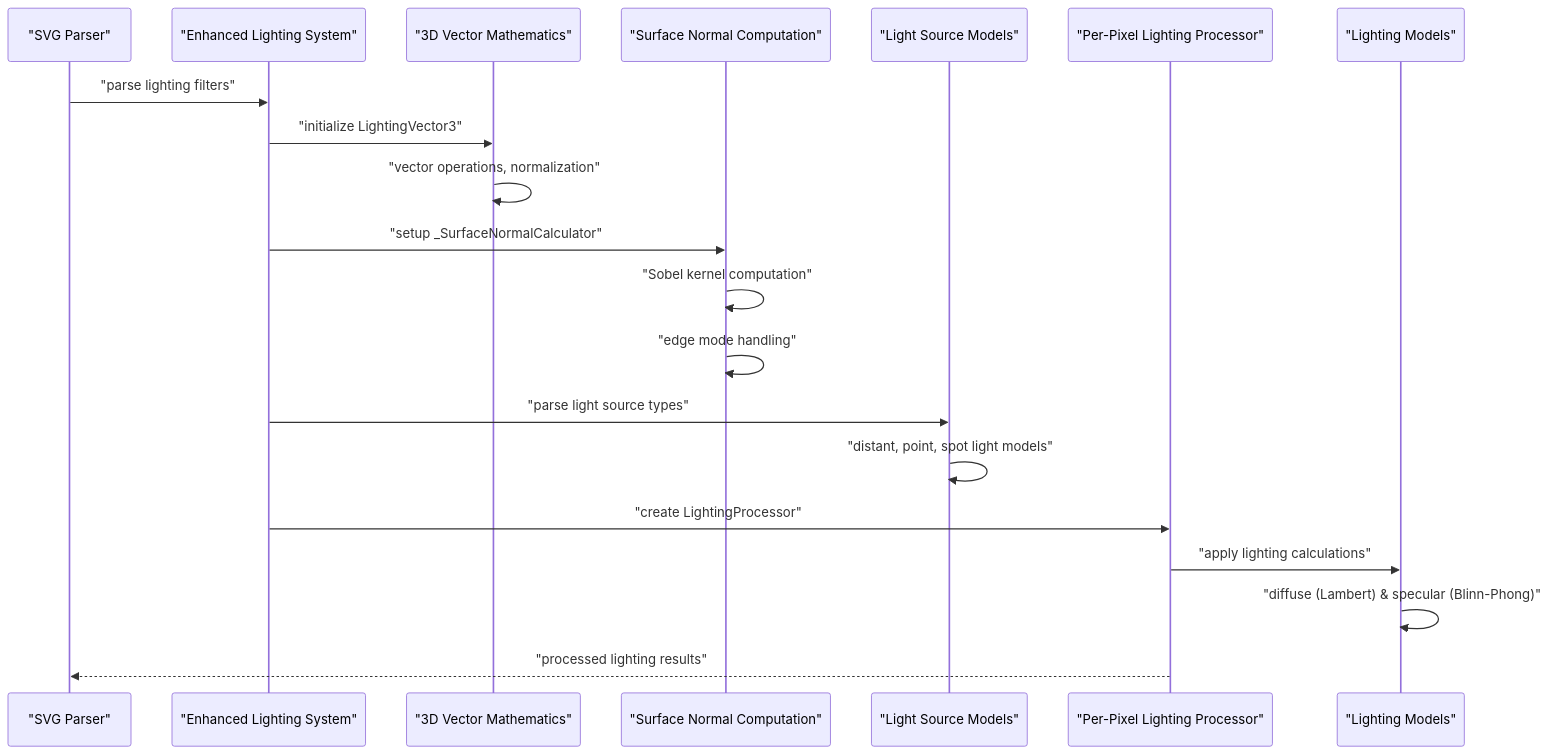
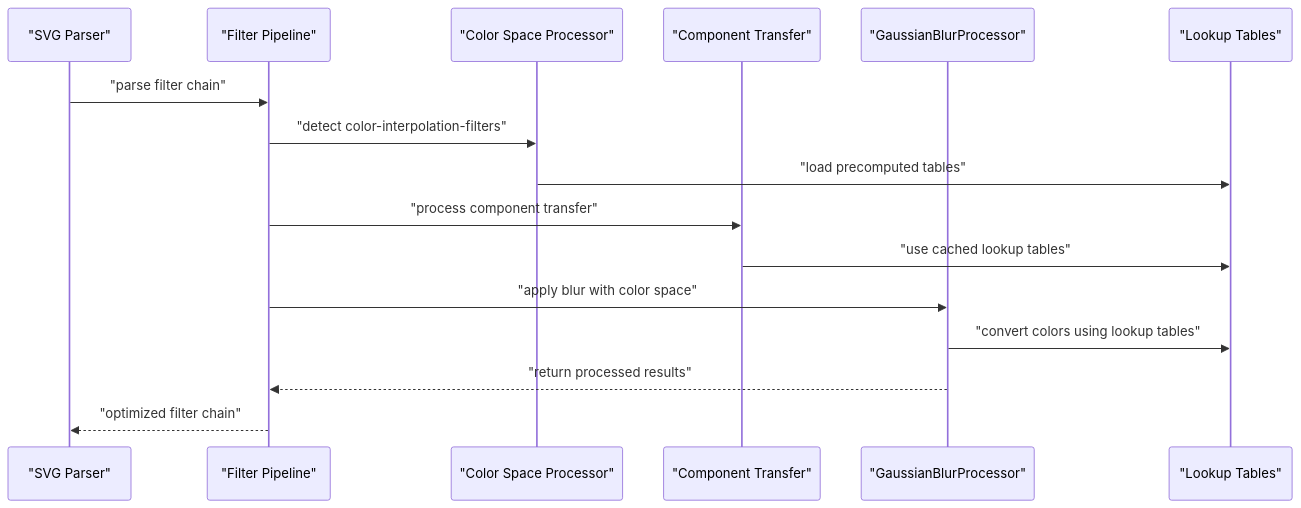
One commit to denisnadey/flutter_full_svg_support changed the second of 2 diagrams in .qoder/repowiki/en/content/Animated SVG Support/Advanced Animation Features/SVG Filters and Effects/SVG Filters and Effects.md. Above: the diagram before and after it, drawn with Mermaid. The commit also changed other lines of this file and 498 other files, not shown here.

````diff
--- a/.qoder/repowiki/en/content/Animated SVG Support/Advanced Animation Features/SVG Filters and Effects/SVG Filters and Effects.md
+++ b/.qoder/repowiki/en/content/Animated SVG Support/Advanced Animation Features/SVG Filters and Effects/SVG Filters and Effects.md
@@ -166,22 +162,18 @@
 ```mermaid
 sequenceDiagram
 participant Parser as "SVG Parser"
-participant LightingSystem as "Enhanced Lighting System"
-participant VectorMath as "3D Vector Mathematics"
-participant SurfaceNormal as "Surface Normal Computation"
-participant LightSources as "Light Source Models"
-participant LightingProcessor as "Per-Pixel Lighting Processor"
-participant LightingModels as "Lighting Models"
-Parser->>LightingSystem : "parse lighting filters"
-LightingSystem->>VectorMath : "initialize LightingVector3"
-VectorMath->>VectorMath : "vector operations, normalization"
-LightingSystem->>SurfaceNormal : "setup _SurfaceNormalCalculator"
-SurfaceNormal->>SurfaceNormal : "Sobel kernel computation"
-SurfaceNormal->>SurfaceNormal : "edge mode handling"
-LightingSystem->>LightSources : "parse light source types"
-LightSources->>LightSources : "distant, point, spot light models"
-LightingSystem->>LightingProcessor : "create LightingProcessor"
-LightingProcessor->>LightingModels : "apply lighting calculations"
-LightingModels->>LightingModels : "diffuse (Lambert) & specular (Blinn-Phong)"
-LightingProcessor-->>Parser : "processed lighting results"
+participant Pipeline as "Filter Pipeline"
+participant ColorSpace as "Color Space Processor"
+participant ComponentTransfer as "Component Transfer"
+participant BlurProcessor as "GaussianBlurProcessor"
+participant LookupTables as "Lookup Tables"
+Parser->>Pipeline : "parse filter chain"
+Pipeline->>ColorSpace : "detect color-interpolation-filters"
+ColorSpace->>LookupTables : "load precomputed tables"
+Pipeline->>ComponentTransfer : "process component transfer"
+ComponentTransfer->>LookupTables : "use cached lookup tables"
+Pipeline->>BlurProcessor : "apply blur with color space"
+BlurProcessor->>LookupTables : "convert colors using lookup tables"
+BlurProcessor-->>Pipeline : "return processed results"
+Pipeline-->>Parser : "optimized filter chain"
 ```
````
